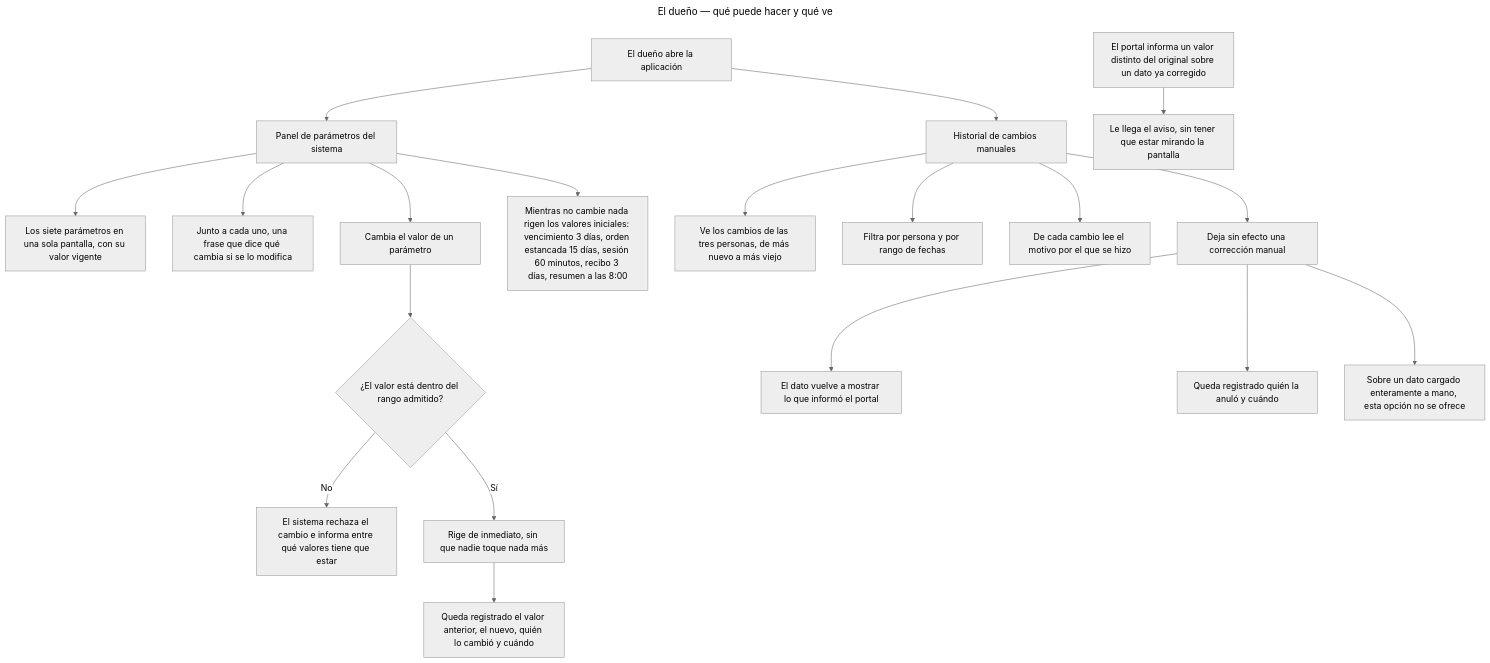
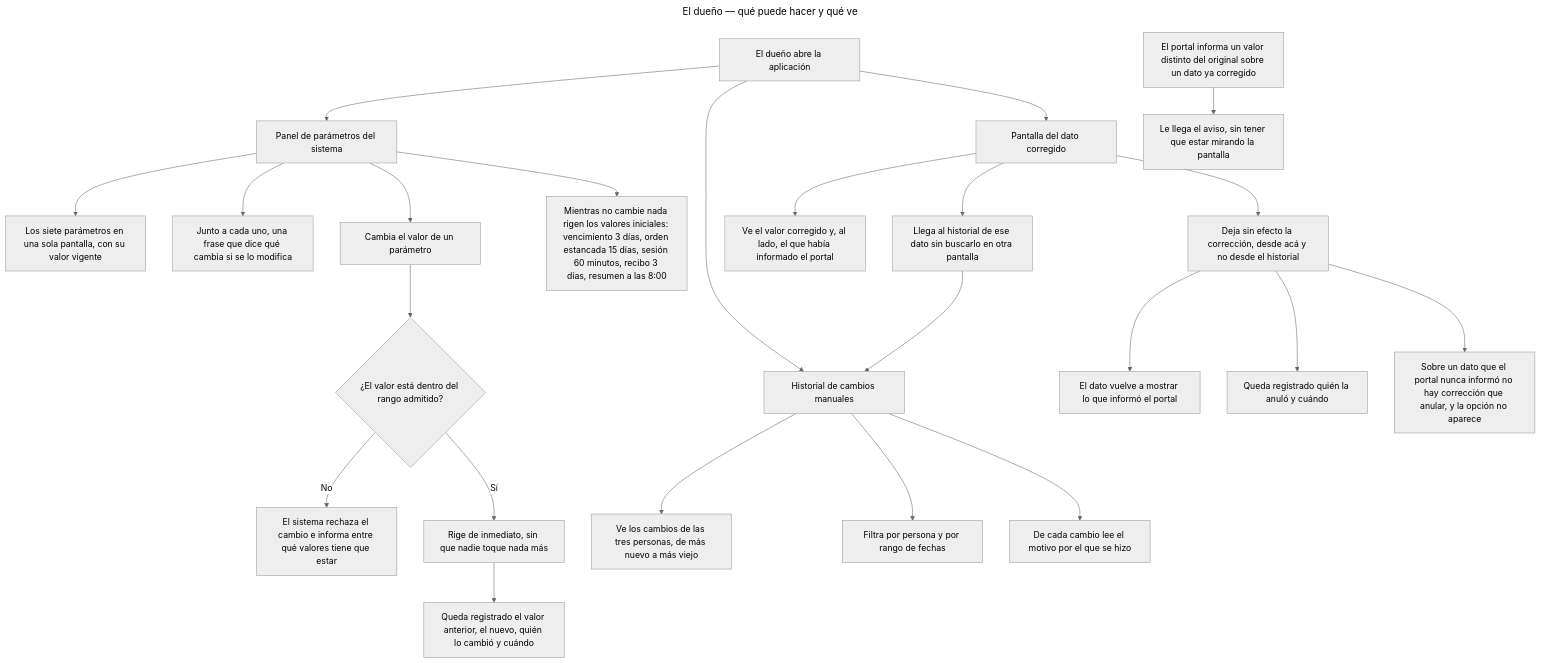
The third of 7 diagrams in docs/specs/003-system-control/diagrams/README.md (leandrocarriego/prueba-tecnica-fde-archytas), drawn with Mermaid (neutral theme) before and after one commit. The commit also changed other lines of this file and 24 other files, not shown here.

````diff
--- a/docs/specs/003-system-control/diagrams/README.md
+++ b/docs/specs/003-system-control/diagrams/README.md
@@ -95,26 +101,31 @@
 ```mermaid
 ---
 title: El dueño — qué puede hacer y qué ve
 ---
 flowchart TD
     A["El dueño abre la aplicación"] --> B["Panel de parámetros del sistema"]
     B --> C["Los siete parámetros en una sola pantalla, con su valor vigente"]
     B --> D["Junto a cada uno, una frase que dice qué cambia si se lo modifica"]
     B --> E["Cambia el valor de un parámetro"]
     E --> F{"¿El valor está dentro del rango admitido?"}
     F -- "No" --> G["El sistema rechaza el cambio e informa entre qué valores tiene que estar"]
     F -- "Sí" --> H["Rige de inmediato, sin que nadie toque nada más"]
     H --> I["Queda registrado el valor anterior, el nuevo, quién lo cambió y cuándo"]
     B --> J["Mientras no cambie nada rigen los valores iniciales: vencimiento 3 días, orden estancada 15 días, sesión 60 minutos, recibo 3 días, resumen a las 8:00"]
 
     A --> K["Historial de cambios manuales"]
     K --> L["Ve los cambios de las tres personas, de más nuevo a más viejo"]
     K --> M["Filtra por persona y por rango de fechas"]
     K --> N["De cada cambio lee el motivo por el que se hizo"]
-    K --> O["Deja sin efecto una corrección manual"]
+
+    A --> U["Pantalla del dato corregido"]
+    U --> V["Ve el valor corregido y, al lado, el que había informado el portal"]
+    U --> K2["Llega al historial de ese dato sin buscarlo en otra pantalla"]
+    K2 --> K
+    U --> O["Deja sin efecto la corrección, desde acá y no desde el historial"]
     O --> P["El dato vuelve a mostrar lo que informó el portal"]
     O --> Q["Queda registrado quién la anuló y cuándo"]
-    O --> R["Sobre un dato cargado enteramente a mano, esta opción no se ofrece"]
+    O --> R["Sobre un dato que el portal nunca informó no hay corrección que anular, y la opción no aparece"]
 
     S["El portal informa un valor distinto del original sobre un dato ya corregido"] --> T["Le llega el aviso, sin tener que estar mirando la pantalla"]
 ```
````
